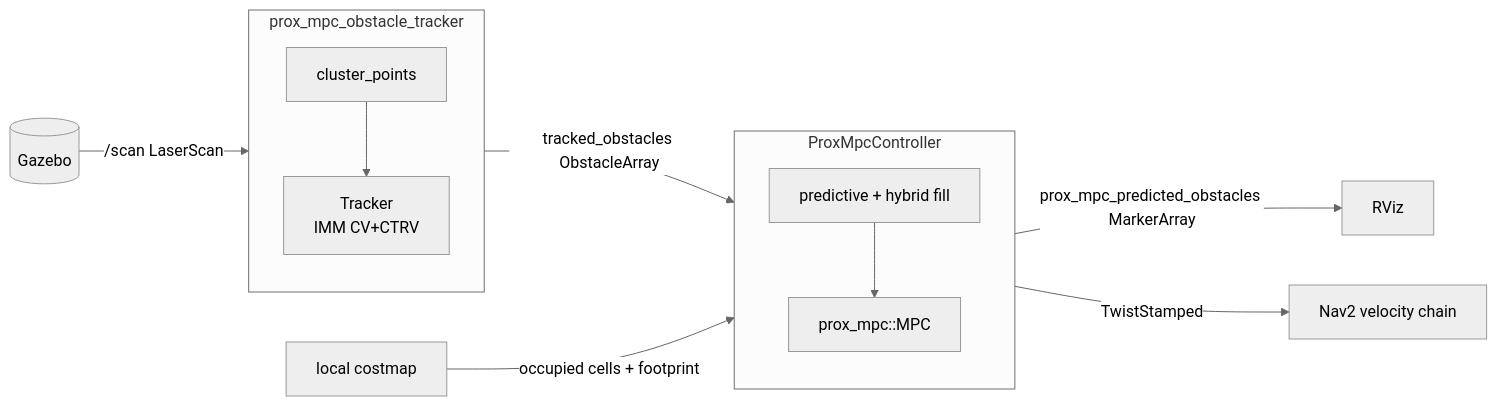
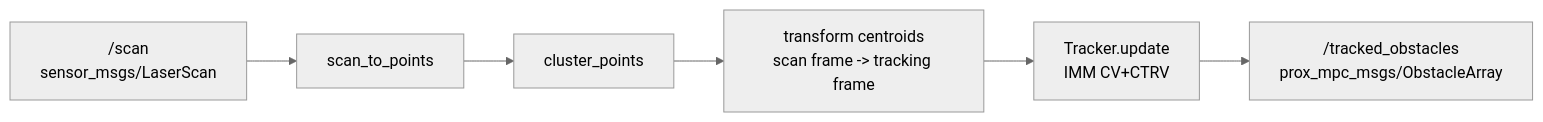
One commit to simone-contorno/prox_mpc-release changed the diagram in doc/architecture.md. Above: the diagram before and after it, drawn with Mermaid (neutral theme). The commit also changed other lines of this file and 186 other files, not shown here.

Commit message:
Trimmed the branch to only the prox_mpc_obstacle_tracker sub directory

````diff
--- a/doc/architecture.md
+++ b/doc/architecture.md
@@ -137,14 +26,8 @@
 ```mermaid
 flowchart LR
-  gz[(Gazebo)] -- /scan LaserScan --> trk
-  subgraph trk[prox_mpc_obstacle_tracker]
-    clus[cluster_points] --> kf[Tracker<br/>IMM CV+CTRV]
-  end
-  trk -- tracked_obstacles ObstacleArray --> ctrl
-  cm[local costmap] -- occupied cells + footprint --> ctrl
-  subgraph ctrl[ProxMpcController]
-    fill[predictive + hybrid fill] --> mpc[prox_mpc::MPC]
-  end
-  ctrl -- prox_mpc_predicted_obstacles MarkerArray --> rviz[RViz]
-  ctrl -- TwistStamped --> nav2[Nav2 velocity chain]
+  scan["/scan<br/>sensor_msgs/LaserScan"] --> pts[scan_to_points]
+  pts --> clus[cluster_points]
+  clus --> tf["transform centroids<br/>scan frame -> tracking frame"]
+  tf --> trk["Tracker.update<br/>IMM CV+CTRV"]
+  trk --> pub["/tracked_obstacles<br/>prox_mpc_msgs/ObstacleArray"]
 ```
````
